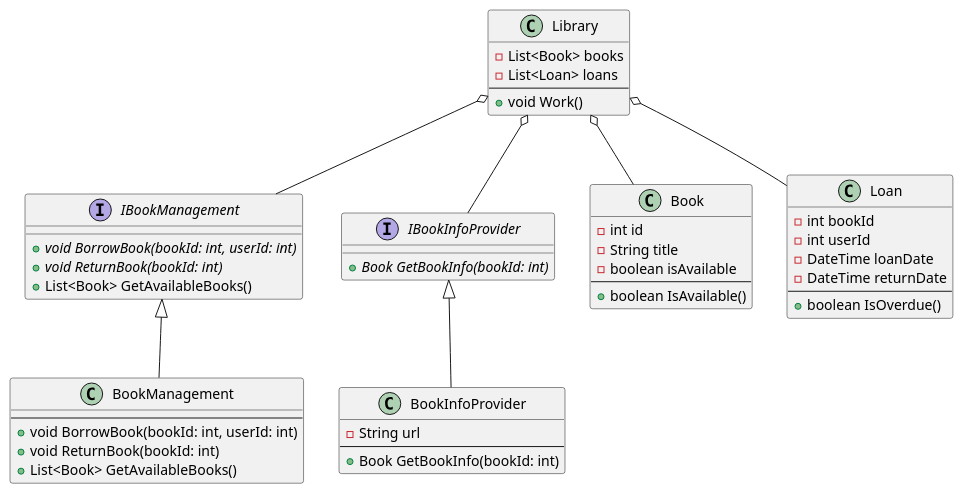
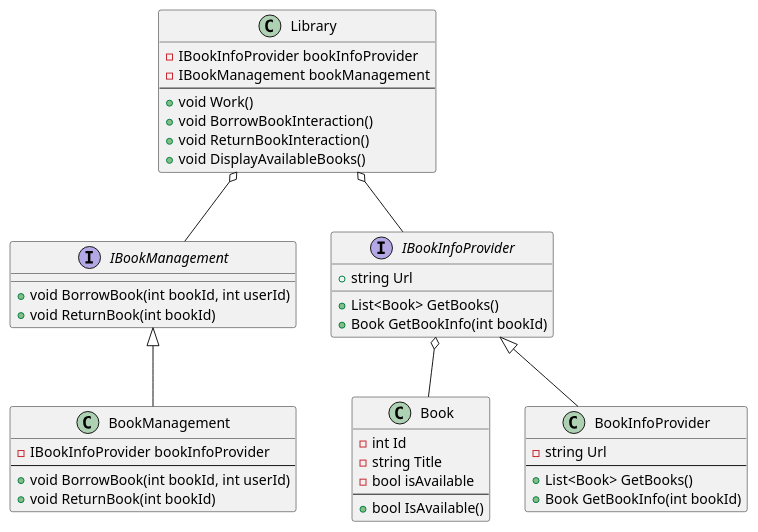
Before and after one commit to walidmehdadi/PRO2TS2425PE: the diagram in README.md, drawn with PlantUML.

````diff
--- a/README.md
+++ b/README.md
@@ -25,55 +25,50 @@
 ```plantuml
-class Library {
-    - List<Book> books
-    - List<Loan> loans
+class Book {
+    - int Id
+    - string Title
+    - bool isAvailable
     --
-    + void Work()
+    + bool IsAvailable()
 }
 
 interface IBookInfoProvider {
-    + {abstract} Book GetBookInfo(bookId: int)
+    + string Url
+    + List<Book> GetBooks()
+    + Book GetBookInfo(int bookId)
+}
+
+class BookInfoProvider {
+    - string Url
+    --
+    + List<Book> GetBooks()
+    + Book GetBookInfo(int bookId)
 }
 
 interface IBookManagement {
-    + {abstract} void BorrowBook(bookId: int, userId: int)
-    + {abstract} void ReturnBook(bookId: int)
-    + List<Book> GetAvailableBooks()
+    + void BorrowBook(int bookId, int userId)
+    + void ReturnBook(int bookId)
 }
 
 class BookManagement {
+    - IBookInfoProvider bookInfoProvider
     --
-    + void BorrowBook(bookId: int, userId: int)
-    + void ReturnBook(bookId: int)
-    + List<Book> GetAvailableBooks()
+    + void BorrowBook(int bookId, int userId)
+    + void ReturnBook(int bookId)
 }
 
-class Book {
-    - int id
-    - String title
-    - boolean isAvailable
+class Library {
+    - IBookInfoProvider bookInfoProvider
+    - IBookManagement bookManagement
     --
-    + boolean IsAvailable()
+    + void Work()
+    + void BorrowBookInteraction()
+    + void ReturnBookInteraction()
+    + void DisplayAvailableBooks()
 }
 
-class Loan {
-    - int bookId
-    - int userId
-    - DateTime loanDate
-    - DateTime returnDate
-    --
-    + boolean IsOverdue()
-}
-
-class BookInfoProvider {
-    - String url
-    --
-    + Book GetBookInfo(bookId: int)
-}
-
-Library o-- IBookInfoProvider
-Library o-- IBookManagement
-Library o-- Loan
-Library o-- Book
 BookInfoProvider -up-|> IBookInfoProvider
 BookManagement -up-|> IBookManagement
+Library o-down- IBookInfoProvider
+Library o-down- IBookManagement
+IBookInfoProvider o-down- Book
 ```
````
